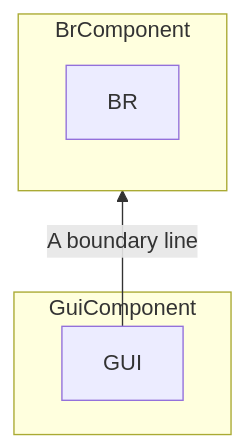
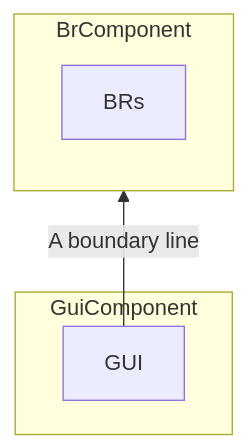
Before and after one commit to aleksandr-kiliushin/learning: the eighth of 11 diagrams in summaries/clean-architecture/index.md, drawn with Mermaid. The commit also changed other lines of this file, not shown here.

Commit message:
clean architecture: CHAPTER 20. BUSINESS RULES: init

````diff
--- a/summaries/clean-architecture/index.md
+++ b/summaries/clean-architecture/index.md
@@ -1344,15 +1344,15 @@
 ```mermaid
 graph BT
-  Br[BR]
+  Br[BRs]
   Gui[GUI]
 
   subgraph BrComponent
     Br
   end
 
   subgraph GuiComponent
     Gui
   end
 
   Gui--A boundary line-->BrComponent
 ```
````
